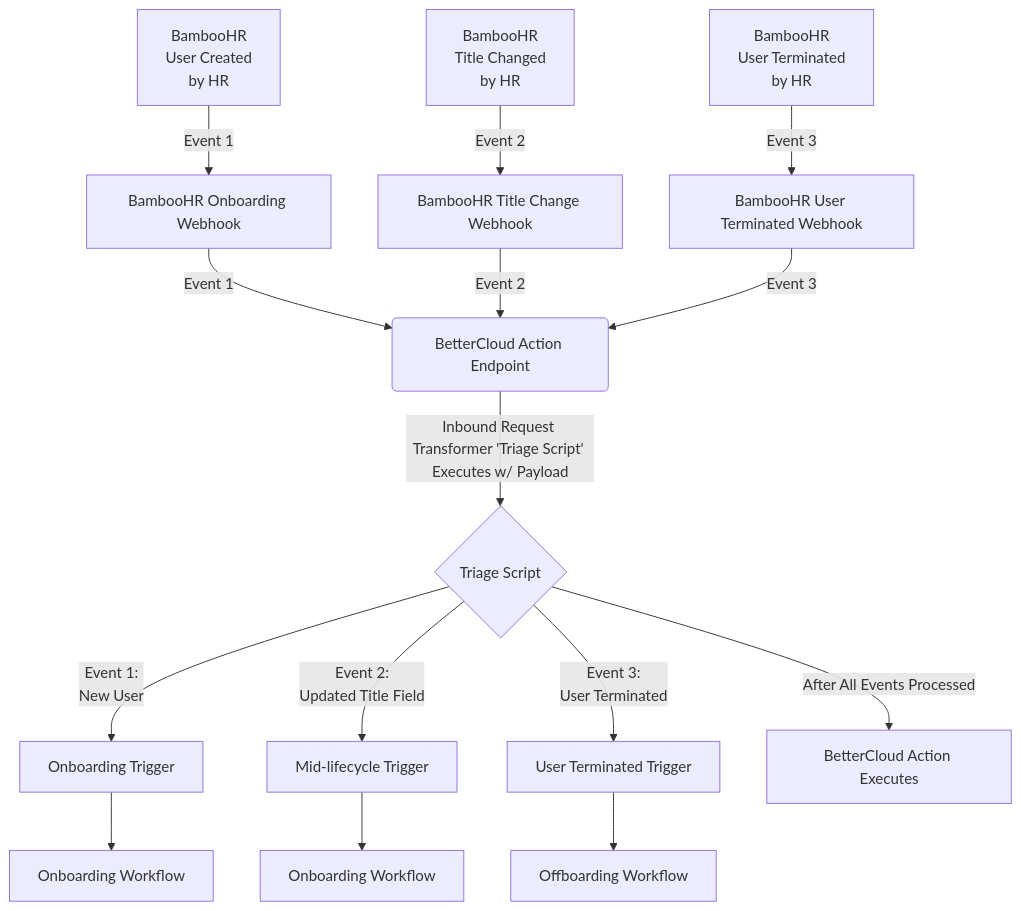
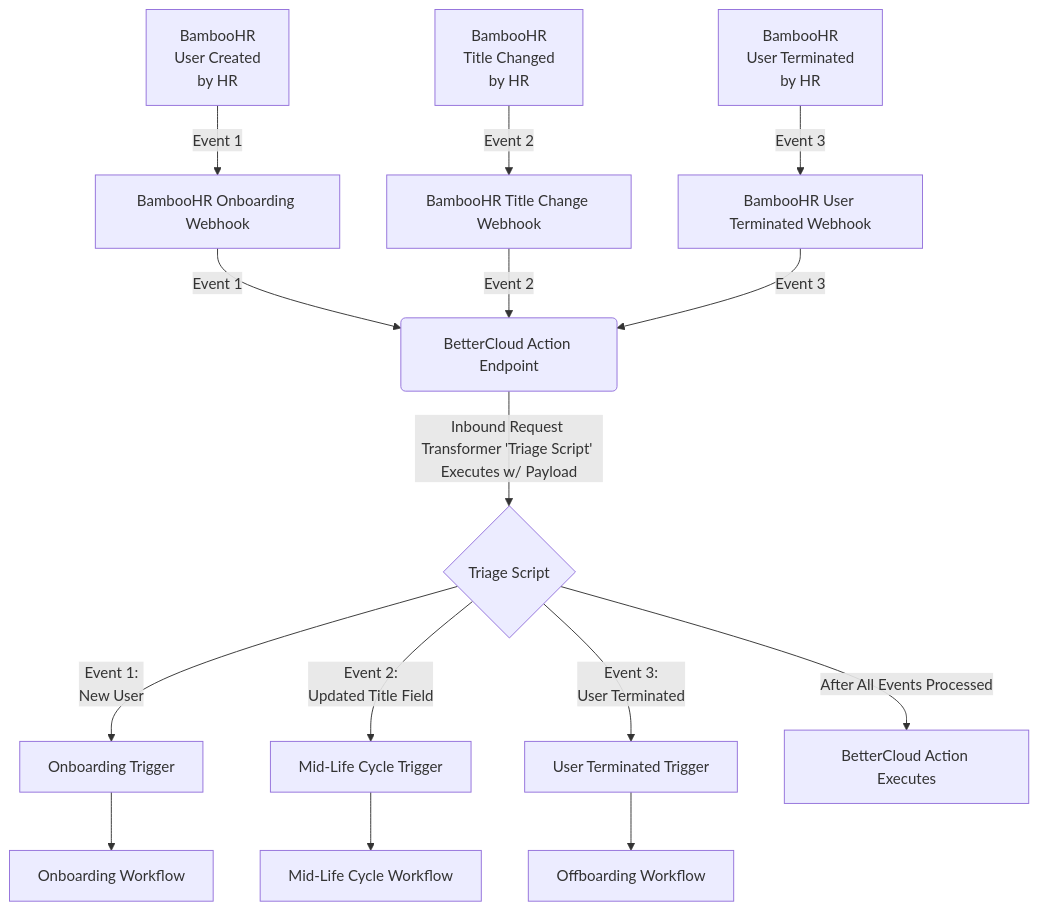
One commit to renee-valentinebc/BetterCloud-Custom-Integrations changed the diagram in BambooHR/README.md. Above: the diagram before and after it, drawn with Mermaid.

````diff
--- a/BambooHR/README.md
+++ b/BambooHR/README.md
@@ -13,14 +13,14 @@
 ```mermaid
 graph TD
 A1[BambooHR <br/>User Created<br/>by HR]-->|Event 1|W1
 A2[BambooHR <br/>Title Changed<br/>by HR]-->|Event 2|W2
 A3[BambooHR <br/>User Terminated<br/>by HR]-->|Event 3|W3
 W1[BambooHR Onboarding Webhook] -->|Event 1| B(BetterCloud Action Endpoint)
 W2[BambooHR Title Change Webhook] -->|Event 2| B(BetterCloud Action Endpoint)
 W3[BambooHR User Terminated Webhook] -->|Event 3| B(BetterCloud Action Endpoint)
 B --> |Inbound Request Transformer 'Triage Script' Executes w/ Payload| C{Triage Script}
 C -->|Event 1:<br/>New User| D[Onboarding Trigger] --> G[Onboarding Workflow]
-C -->|Event 2:<br/>Updated Title Field| E[Mid-lifecycle Trigger] --> H[Onboarding Workflow]
+C -->|Event 2:<br/>Updated Title Field| E[Mid-Life Cycle Trigger] --> H[Mid-Life Cycle Workflow]
 C -->|Event 3:<br/>User Terminated| F[User Terminated Trigger] --> I[Offboarding Workflow]
 C --> |After All Events Processed|Z[BetterCloud Action Executes]
 ```
````
